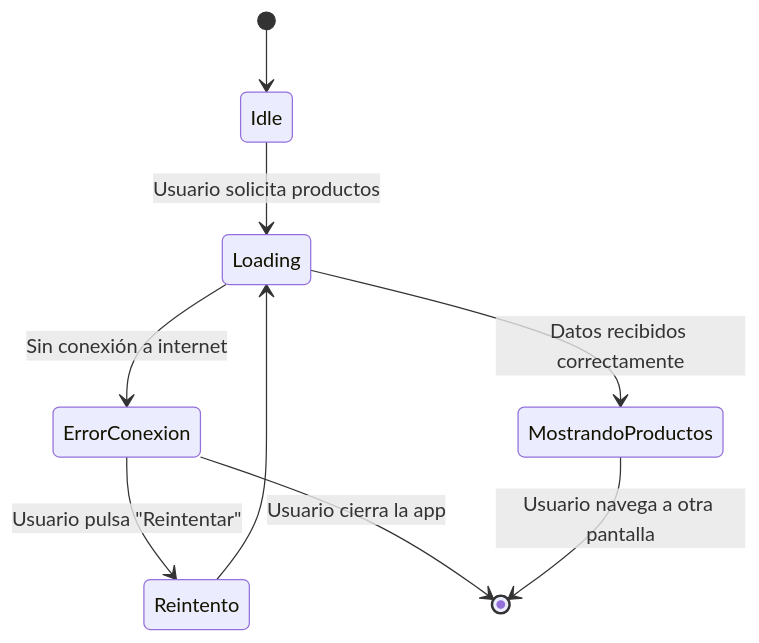
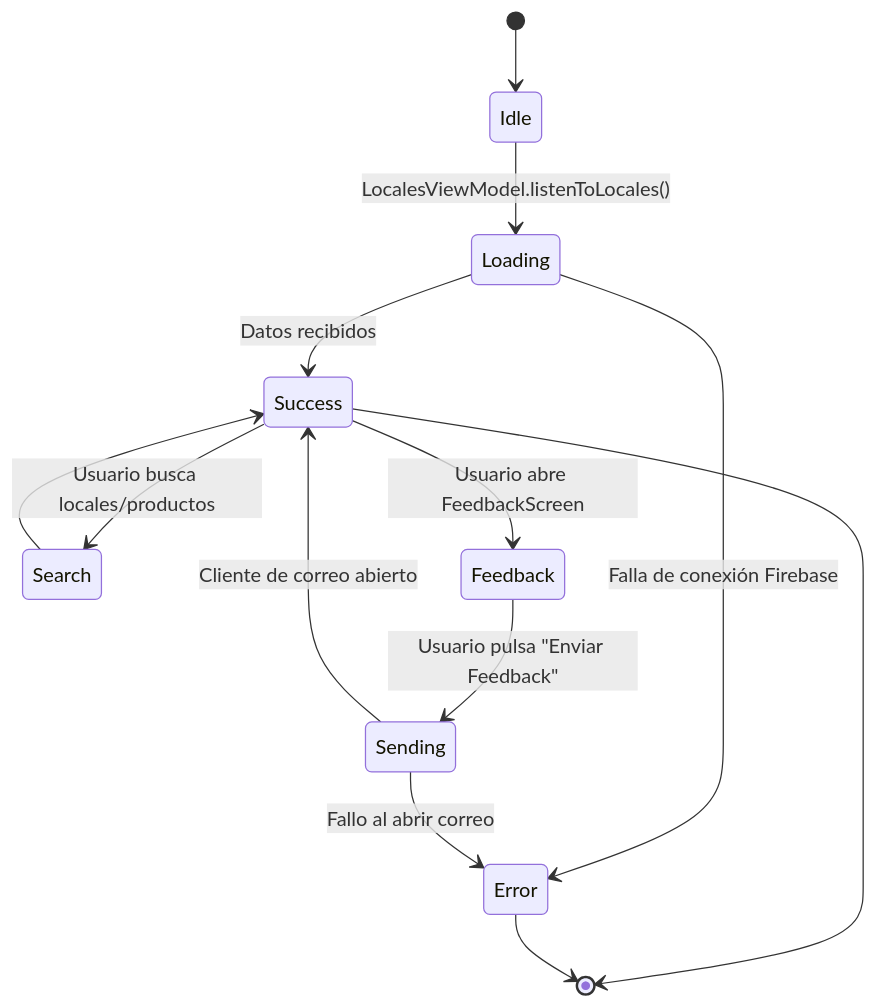
The third of 4 diagrams in README.md (Lord-Aitel/bizconnect), drawn with Mermaid before and after one commit. The commit also changed other lines of this file and 54 other files, not shown here.

````diff
--- a/README.md
+++ b/README.md
@@ -6,14 +70,15 @@
 ```mermaid
 stateDiagram-v2
     [*] --> Idle
-
-    Idle --> Loading: Usuario solicita productos
-    Loading --> ErrorConexion: Sin conexión a internet
-    Loading --> MostrandoProductos: Datos recibidos correctamente
-
-    ErrorConexion --> Reintento: Usuario pulsa "Reintentar"
-    Reintento --> Loading
-
-    ErrorConexion --> [*]: Usuario cierra la app
-    MostrandoProductos --> [*]: Usuario navega a otra pantalla
+    Idle --> Loading: LocalesViewModel.listenToLocales()
+    Loading --> Error: Falla de conexión Firebase
+    Loading --> Success: Datos recibidos
+    Success --> Search: Usuario busca locales/productos
+    Search --> Success
+    Success --> Feedback: Usuario abre FeedbackScreen
+    Feedback --> Sending: Usuario pulsa "Enviar Feedback"
+    Sending --> Success: Cliente de correo abierto
+    Sending --> Error: Fallo al abrir correo
+    Success --> [*]
+    Error --> [*]
 ```
````
